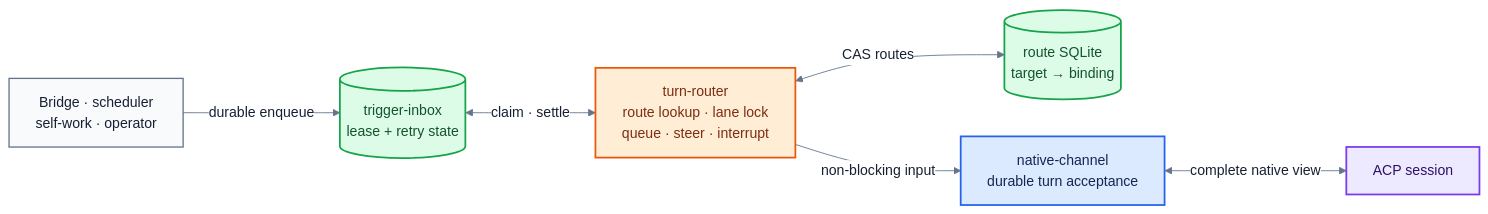
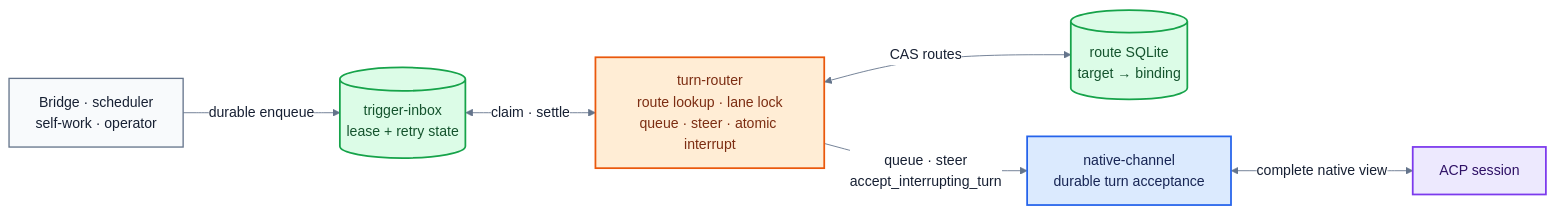
Before and after one commit to fontanierh/crab: the diagram in v2/docs/turn-router-flow.mmd, drawn with Mermaid. The commit also changed 33 other files, not shown here.

Commit message:
Make v2 interrupting input acceptance atomic (#269)

```diff
--- a/v2/docs/turn-router-flow.mmd
+++ b/v2/docs/turn-router-flow.mmd
@@ -1,26 +1,26 @@
 %%{init: {"theme": "base", "themeVariables": {"fontFamily": "ui-sans-serif, system-ui, sans-serif", "primaryTextColor": "#172033", "lineColor": "#64748b", "edgeLabelBackground": "#ffffff"}, "flowchart": {"curve": "basis", "nodeSpacing": 42, "rankSpacing": 58}}}%%
 flowchart LR
     SOURCE["Bridge · scheduler<br/>self-work · operator"]
     INBOX[("trigger-inbox<br/>lease + retry state")]
-    ROUTER["turn-router<br/>route lookup · lane lock<br/>queue · steer · interrupt"]
+    ROUTER["turn-router<br/>route lookup · lane lock<br/>queue · steer · atomic interrupt"]
     ROUTES[("route SQLite<br/>target → binding")]
     CHANNEL["native-channel<br/>durable turn acceptance"]
     ACP["ACP session"]
 
     SOURCE -->|"durable enqueue"| INBOX
     INBOX <-->|"claim · settle"| ROUTER
     ROUTER <-->|"CAS routes"| ROUTES
-    ROUTER -->|"non-blocking input"| CHANNEL
+    ROUTER -->|"queue · steer<br/>accept_interrupting_turn"| CHANNEL
     CHANNEL <-->|"complete native view"| ACP
 
     classDef external fill:#f8fafc,stroke:#64748b,stroke-width:1.5px,color:#172033;
     classDef durable fill:#dcfce7,stroke:#16a34a,stroke-width:2px,color:#14532d;
     classDef runtime fill:#ffedd5,stroke:#ea580c,stroke-width:2px,color:#7c2d12;
     classDef channel fill:#dbeafe,stroke:#2563eb,stroke-width:2px,color:#172554;
     classDef agent fill:#ede9fe,stroke:#7c3aed,stroke-width:2px,color:#2e1065;
 
     class SOURCE external;
     class INBOX,ROUTES durable;
     class ROUTER runtime;
     class CHANNEL channel;
     class ACP agent;
```
